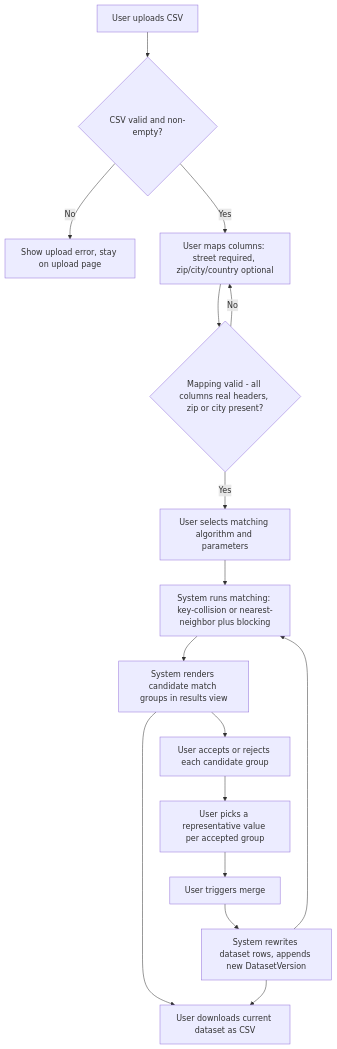
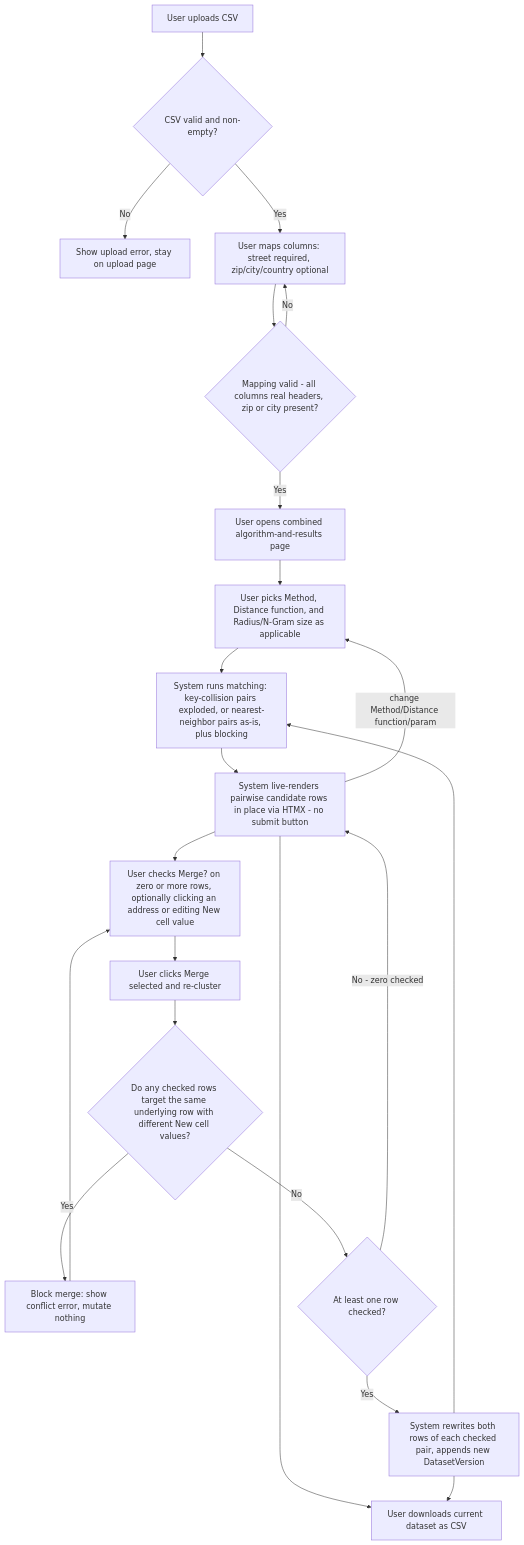
One commit to hoanghaithanh/AddressRefine changed the second of 3 diagrams in docs/ba/diagrams/process-models.md. Above: the diagram before and after it, drawn with Mermaid. The commit also changed other lines of this file and 40 other files, not shown here.

First line of the commit message:
M4: combine algorithm/results into one live page with pairwise merge-review

````diff
--- a/docs/ba/diagrams/process-models.md
+++ b/docs/ba/diagrams/process-models.md
@@ -26,18 +29,24 @@
 ```mermaid
 flowchart TD
     A[User uploads CSV] --> B{CSV valid and non-empty?}
     B -- No --> A2[Show upload error, stay on upload page]
     B -- Yes --> C[User maps columns: street required, zip/city/country optional]
     C --> D{Mapping valid - all columns real headers, zip or city present?}
     D -- No --> C
-    D -- Yes --> E[User selects matching algorithm and parameters]
-    E --> F[System runs matching: key-collision or nearest-neighbor plus blocking]
-    F --> G[System renders candidate match groups in results view]
-    G --> H[User accepts or rejects each candidate group]
-    H --> I[User picks a representative value per accepted group]
-    I --> J[User triggers merge]
-    J --> K[System rewrites dataset rows, appends new DatasetVersion]
-    K --> F
-    G --> L[User downloads current dataset as CSV]
-    K --> L
+    D -- Yes --> E[User opens combined algorithm-and-results page]
+    E --> F[User picks Method, Distance function, and Radius/N-Gram size as applicable]
+    F --> G[System runs matching: key-collision pairs exploded, or nearest-neighbor pairs as-is, plus blocking]
+    G --> H[System live-renders pairwise candidate rows in place via HTMX - no submit button]
+    H -- "change Method/Distance function/param" --> F
+    H --> I[User checks Merge? on zero or more rows, optionally clicking an address or editing New cell value]
+    I --> J[User clicks Merge selected and re-cluster]
+    J --> K{Do any checked rows target the same underlying row with different New cell values?}
+    K -- Yes --> K2[Block merge: show conflict error, mutate nothing]
+    K2 --> I
+    K -- No --> L{At least one row checked?}
+    L -- No - zero checked --> H
+    L -- Yes --> M[System rewrites both rows of each checked pair, appends new DatasetVersion]
+    M --> G
+    H --> N[User downloads current dataset as CSV]
+    M --> N
 ```
````
